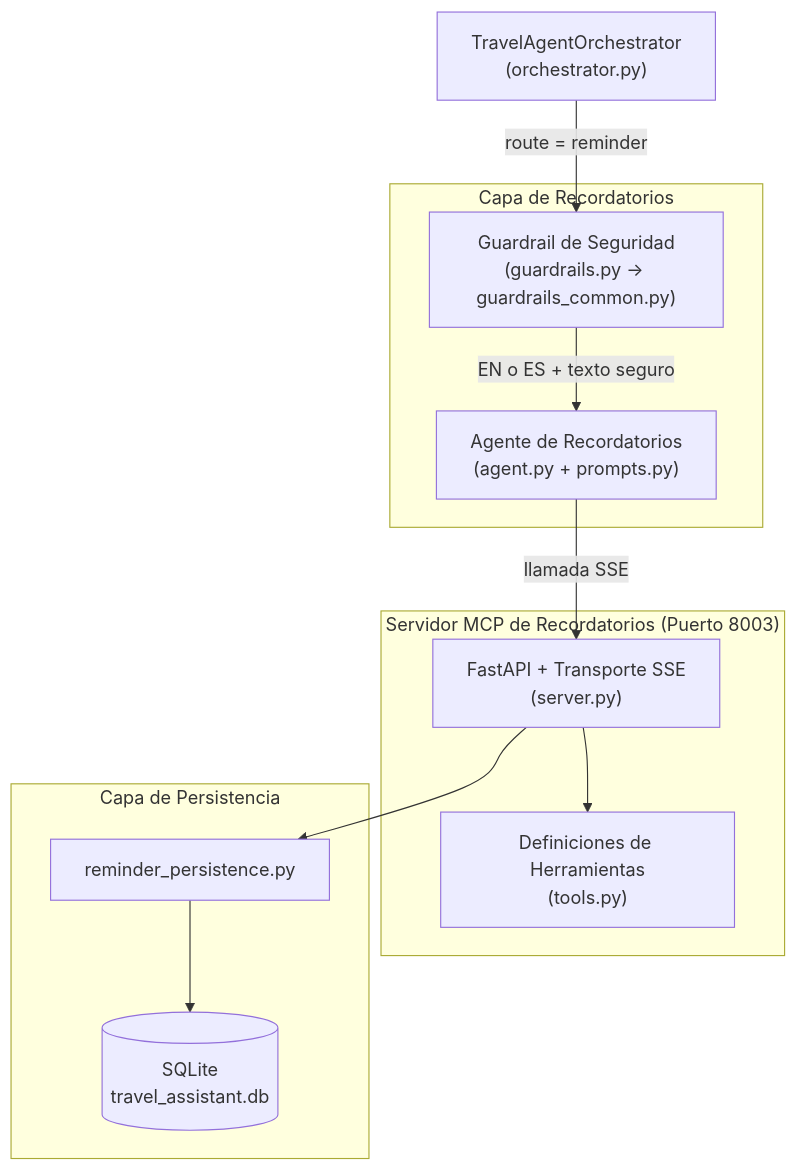
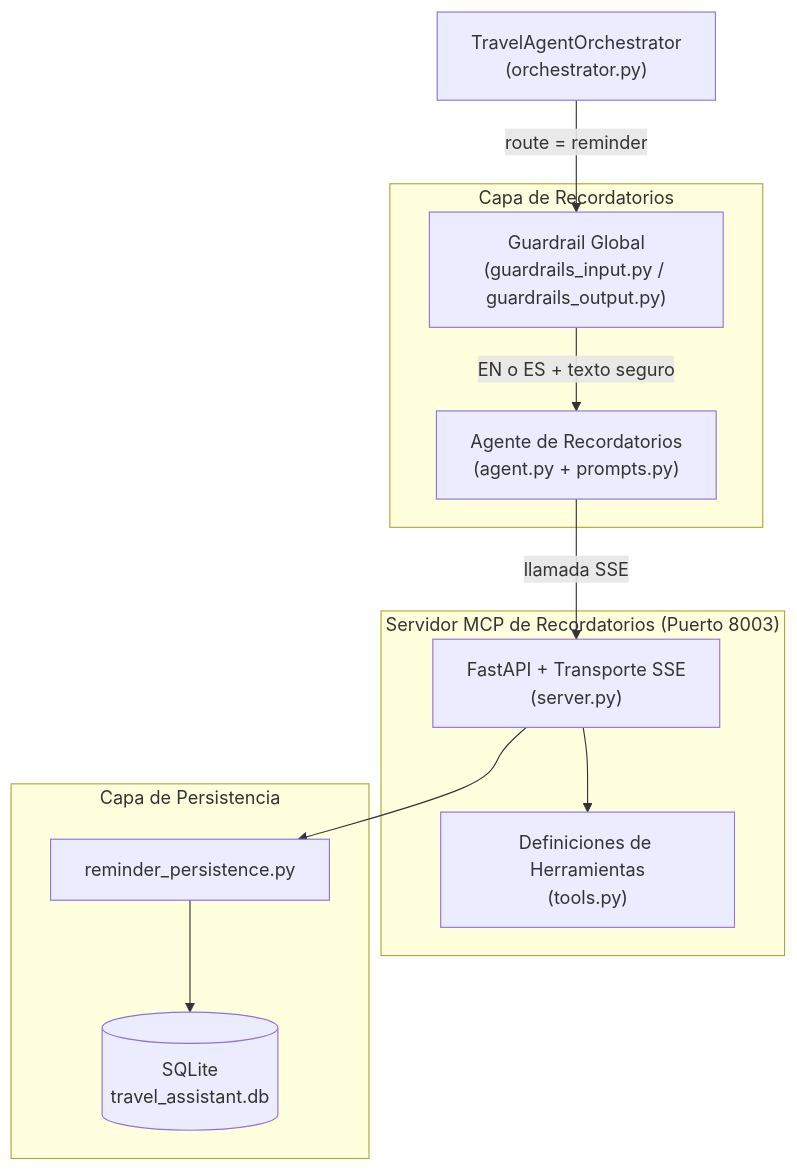
One commit to CharlyMoncada/travel-assitant changed the diagram in documentation/Reminder Service.md. Above: the diagram before and after it, drawn with Mermaid. The commit also changed other lines of this file and 51 other files, not shown here.

````diff
--- a/documentation/Reminder Service.md
+++ b/documentation/Reminder Service.md
@@ -14,26 +14,26 @@
 ```mermaid
 flowchart TD
     orchestrator["TravelAgentOrchestrator\n(orchestrator.py)"]
 
     subgraph reminderLayer ["Capa de Recordatorios"]
-        guardrail["Guardrail de Seguridad\n(guardrails.py → guardrails_common.py)"]
+        guardrail["Guardrail Global\n(guardrails_input.py / guardrails_output.py)"]
         agent["Agente de Recordatorios\n(agent.py + prompts.py)"]
     end
 
     subgraph mcpServer ["Servidor MCP de Recordatorios (Puerto 8003)"]
         server["FastAPI + Transporte SSE\n(server.py)"]
         tools["Definiciones de Herramientas\n(tools.py)"]
         server --> tools
     end
 
     subgraph persistence ["Capa de Persistencia"]
         remPersist["reminder_persistence.py"]
         db[("SQLite\ntravel_assistant.db")]
         remPersist --> db
     end
 
     orchestrator -->|"route = reminder"| guardrail
     guardrail -->|"EN o ES + texto seguro"| agent
     agent -->|"llamada SSE"| server
     server --> remPersist
 ```
````
